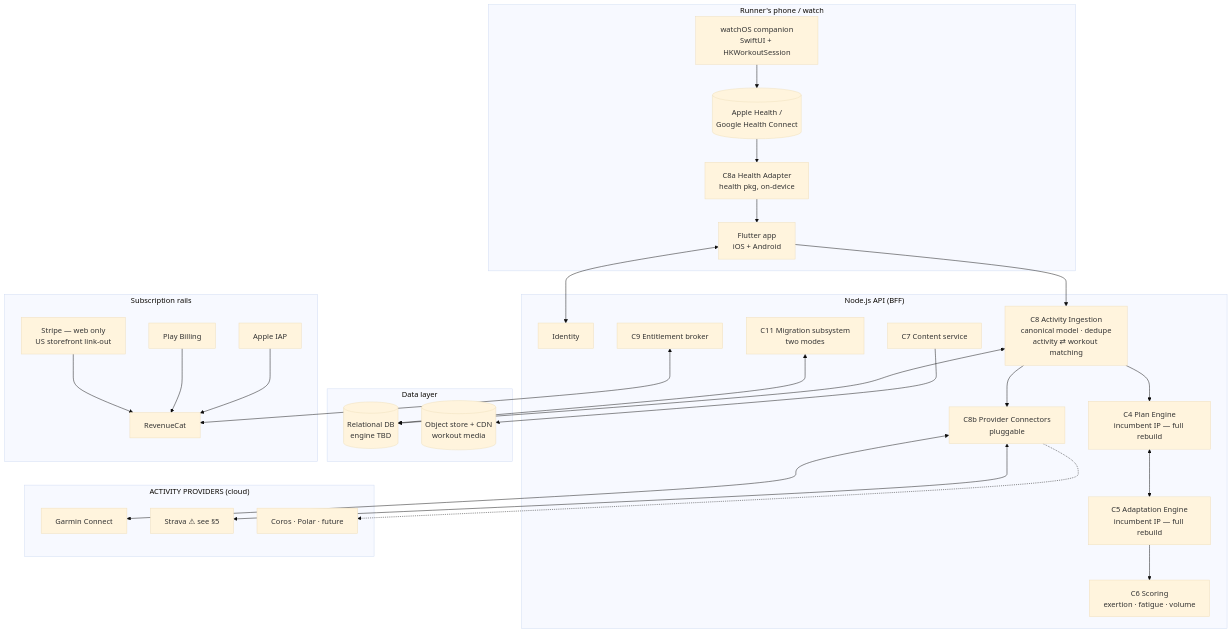
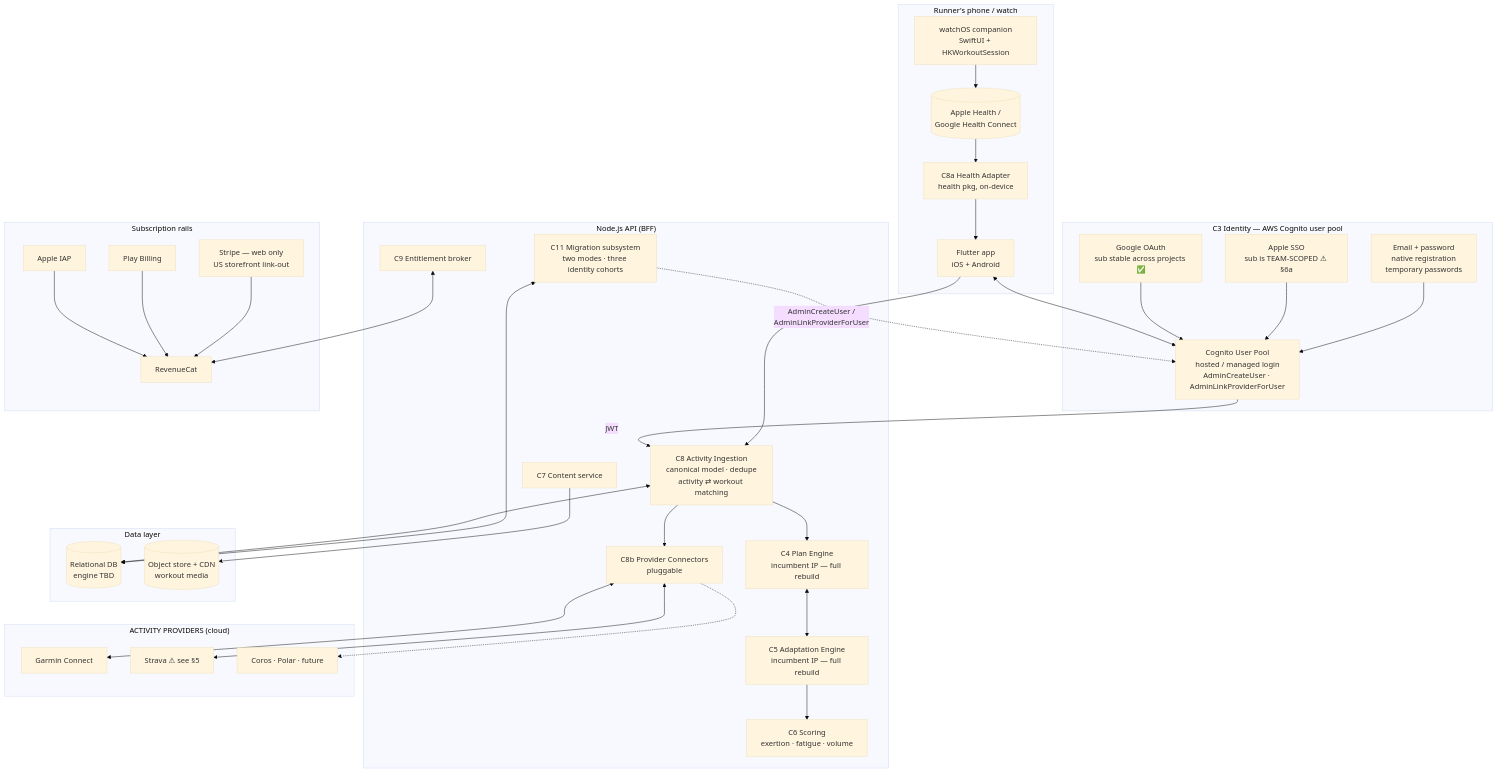
Before and after one commit to rodrigofernandezdualboot/tolaria-second-brain: the diagram in run-with-hal-solution-architecture-proposal.md, drawn with Mermaid (base theme). The commit also changed other lines of this file, not shown here.

````diff
--- a/run-with-hal-solution-architecture-proposal.md
+++ b/run-with-hal-solution-architecture-proposal.md
@@ -39,59 +42,70 @@
 ```mermaid
 graph TB
     subgraph Device["Runner's phone / watch"]
         FL[Flutter app<br/>iOS + Android]
         HA["C8a Health Adapter<br/>health pkg, on-device"]
         AW[watchOS companion<br/>SwiftUI + HKWorkoutSession]
         HK[(Apple Health /<br/>Google Health Connect)]
     end
 
+    subgraph IdP["C3 Identity — AWS Cognito user pool"]
+        CUP["Cognito User Pool<br/>hosted / managed login<br/>AdminCreateUser · AdminLinkProviderForUser"]
+        GOO["Google OAuth<br/>sub stable across projects ✅"]
+        APL["Apple SSO<br/>sub is TEAM-SCOPED ⚠ §6a"]
+        EML["Email + password<br/>native registration<br/>temporary passwords"]
+    end
+
     subgraph Backend["Node.js API (BFF)"]
-        ID[Identity]
         PE["C4 Plan Engine<br/>incumbent IP — full rebuild"]
         AE["C5 Adaptation Engine<br/>incumbent IP — full rebuild"]
         SC[C6 Scoring<br/>exertion · fatigue · volume]
         CT[C7 Content service]
         ING["C8 Activity Ingestion<br/>canonical model · dedupe<br/>activity ⇄ workout matching"]
         CONN["C8b Provider Connectors<br/>pluggable"]
         ENT[C9 Entitlement broker]
-        MIG["C11 Migration subsystem<br/>two modes"]
+        MIG["C11 Migration subsystem<br/>two modes · three identity cohorts"]
     end
 
     subgraph Data["Data layer"]
         DB[(Relational DB<br/>engine TBD)]
         OBJ[(Object store + CDN<br/>workout media)]
     end
 
     subgraph Providers["ACTIVITY PROVIDERS (cloud)"]
         GAR[Garmin Connect]
         STR["Strava ⚠ see §5"]
         FUT[Coros · Polar · future]
     end
 
     subgraph Rails["Subscription rails"]
         RC[RevenueCat]
         SK[Apple IAP]
         PB[Play Billing]
         ST["Stripe — web only<br/>US storefront link-out"]
     end
 
-    FL <--> ID
+    FL <--> CUP
+    GOO --> CUP
+    APL --> CUP
+    EML --> CUP
+    CUP -- "JWT" --> ING
     HA --> FL
     HK --> HA
     AW --> HK
     FL --> ING
     ING --> CONN
     CONN <--> GAR
     CONN <--> STR
     CONN -.-> FUT
     ING --> PE
     PE <--> AE
     AE --> SC
     ING <--> DB
     CT --> OBJ
     ENT <--> RC
     SK --> RC
     PB --> RC
     ST --> RC
     MIG <--> DB
+    MIG -. "AdminCreateUser /<br/>AdminLinkProviderForUser" .-> CUP
 ```
````
